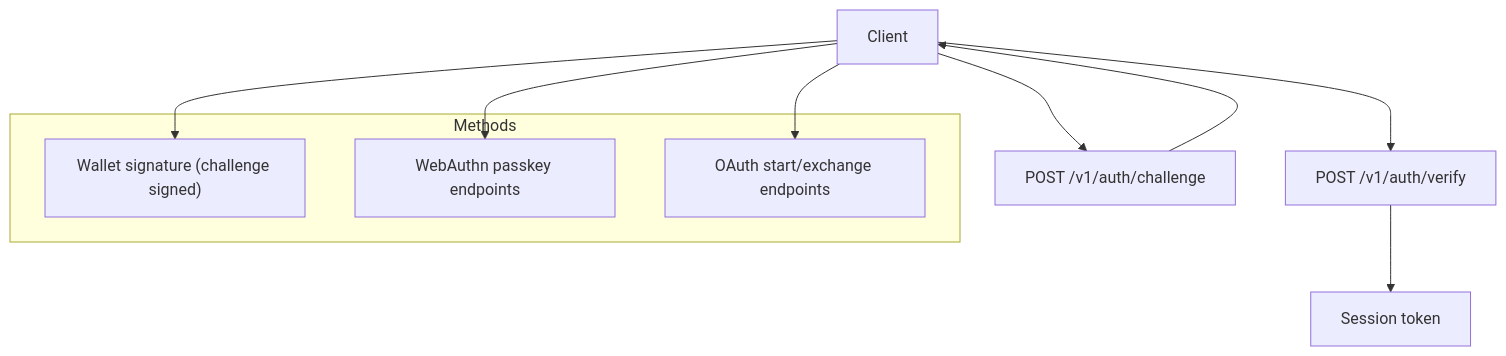
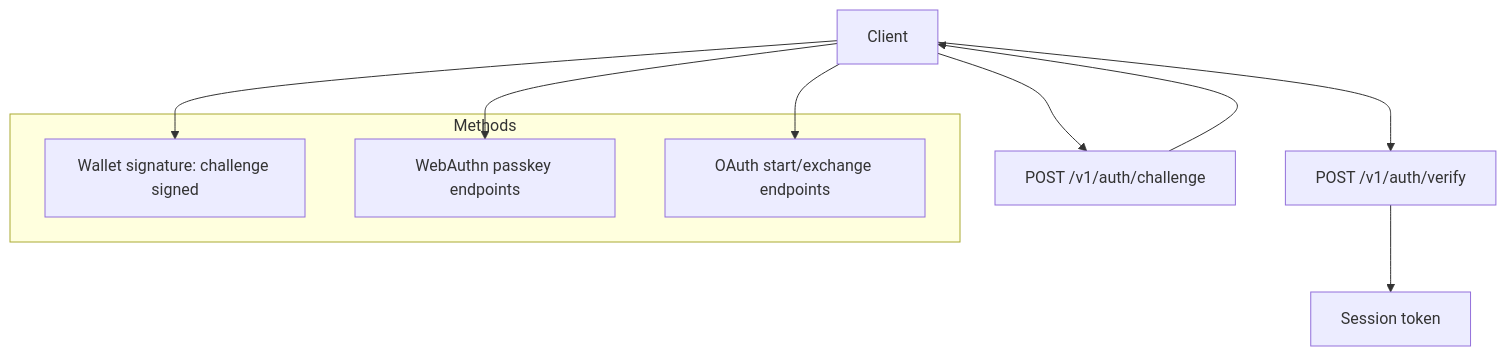
Before and after one commit to gary322/Multi-Messaging-Paid: the ninth of 14 diagrams in README.md, drawn with Mermaid. The commit also changed other lines of this file, not shown here.

Commit message:
Docs: make all Mermaid diagrams GitHub-compatible

````diff
--- a/README.md
+++ b/README.md
@@ -356,17 +359,17 @@
 ```mermaid
 flowchart TB
   Client["Client"] --> Challenge["POST /v1/auth/challenge"]
   Challenge --> Client
   Client --> Verify["POST /v1/auth/verify"]
   Verify --> Token["Session token"]
 
   subgraph Methods
-    WalletSig["Wallet signature (challenge signed)"]
+    WalletSig["Wallet signature: challenge signed"]
     Passkeys["WebAuthn passkey endpoints"]
     SocialOAuth["OAuth start/exchange endpoints"]
   end
 
   Client --> WalletSig
   Client --> Passkeys
   Client --> SocialOAuth
 ```
````
